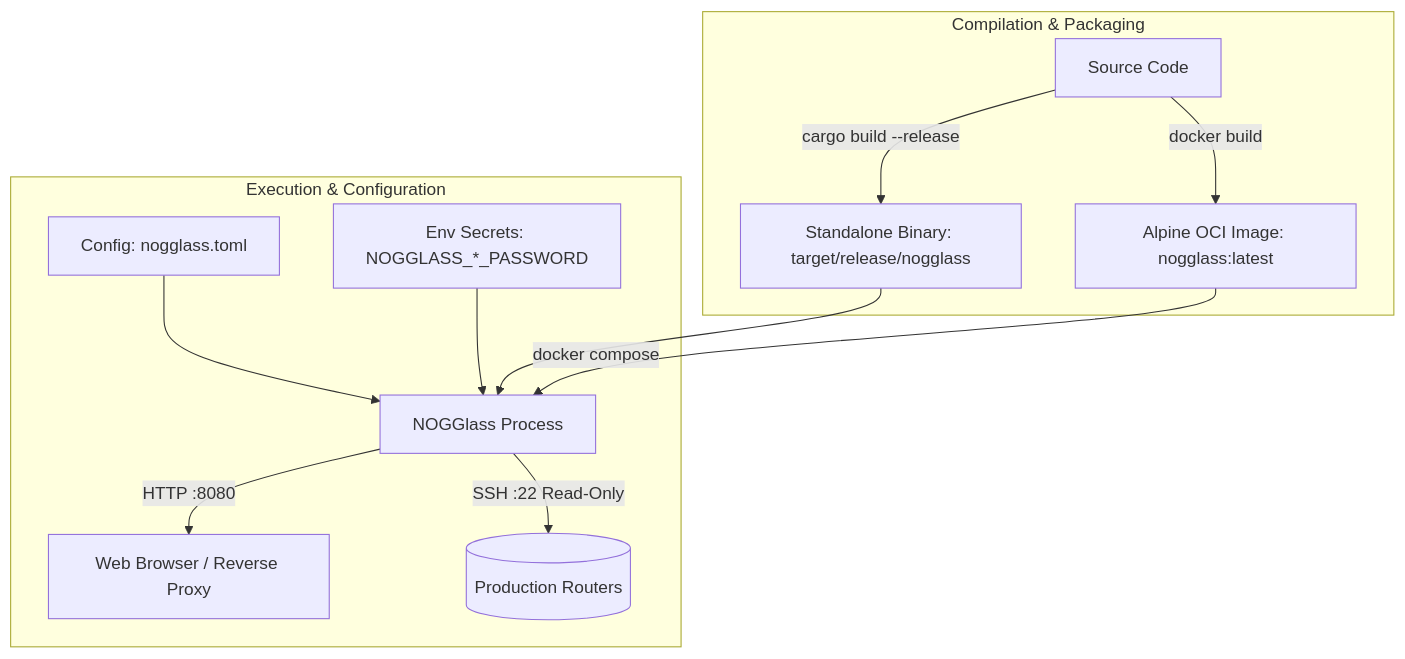
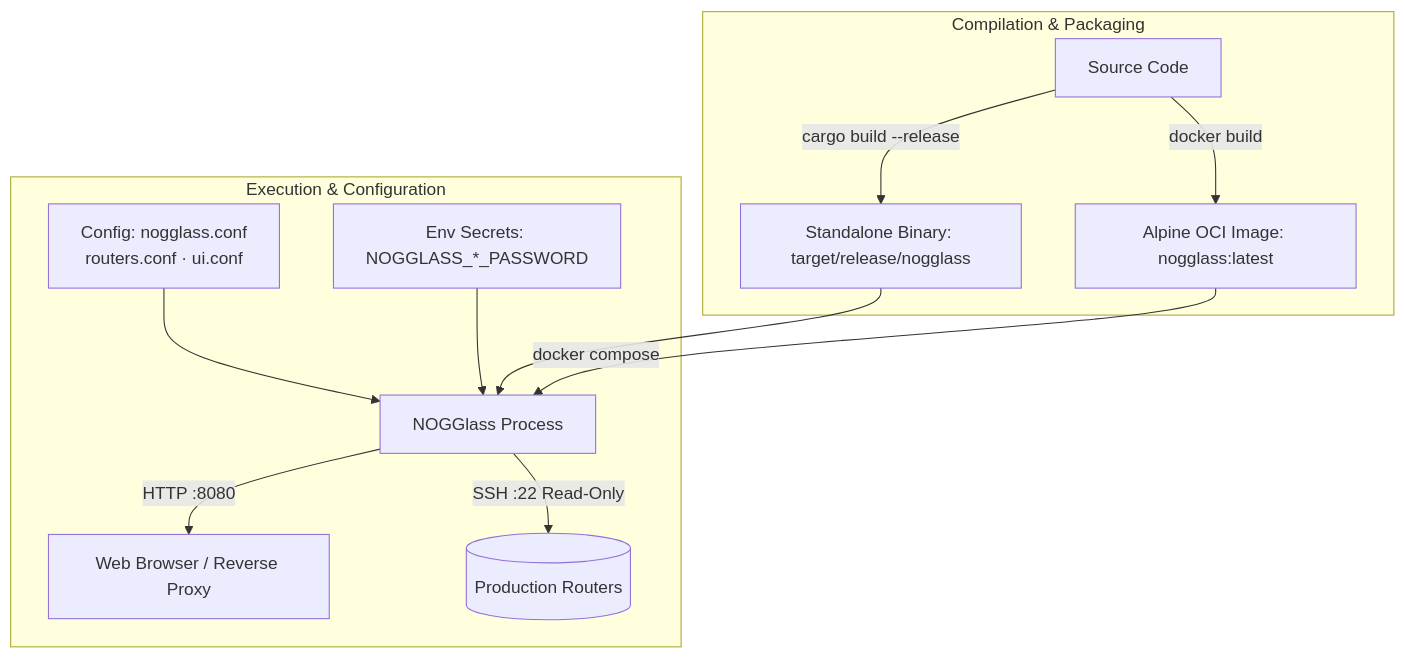
Before and after one commit to andrediashexa/NOGGlass: the diagram in INSTALL.md, drawn with Mermaid. The commit also changed other lines of this file and 33 other files, not shown here.

````diff
--- a/INSTALL.md
+++ b/INSTALL.md
@@ -11,16 +11,16 @@
 ```mermaid
 flowchart TD
     subgraph Build [Compilation & Packaging]
         source[Source Code] -->|cargo build --release| bin[Standalone Binary: target/release/nogglass]
         source -->|docker build| img[Alpine OCI Image: nogglass:latest]
     end
 
     subgraph Runtime [Execution & Configuration]
-        cfg[Config: nogglass.toml] --> proc[NOGGlass Process]
+        cfg["Config: nogglass.conf<br/>routers.conf · ui.conf"] --> proc[NOGGlass Process]
         env[Env Secrets: NOGGLASS_*_PASSWORD] --> proc
         bin --> proc
         img -->|docker compose| proc
         proc -->|HTTP :8080| web[Web Browser / Reverse Proxy]
         proc -->|SSH :22 Read-Only| routers[(Production Routers)]
     end
 ```
````
